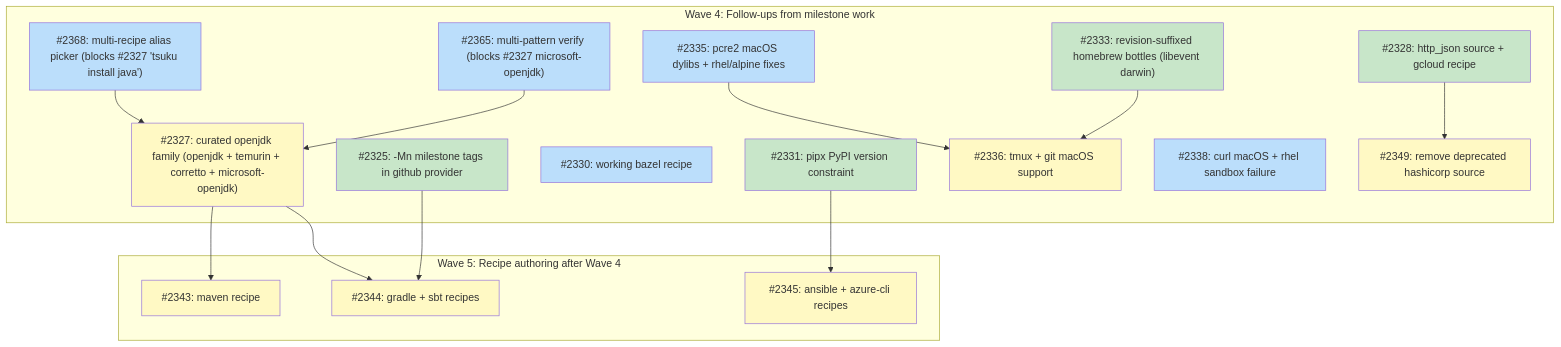
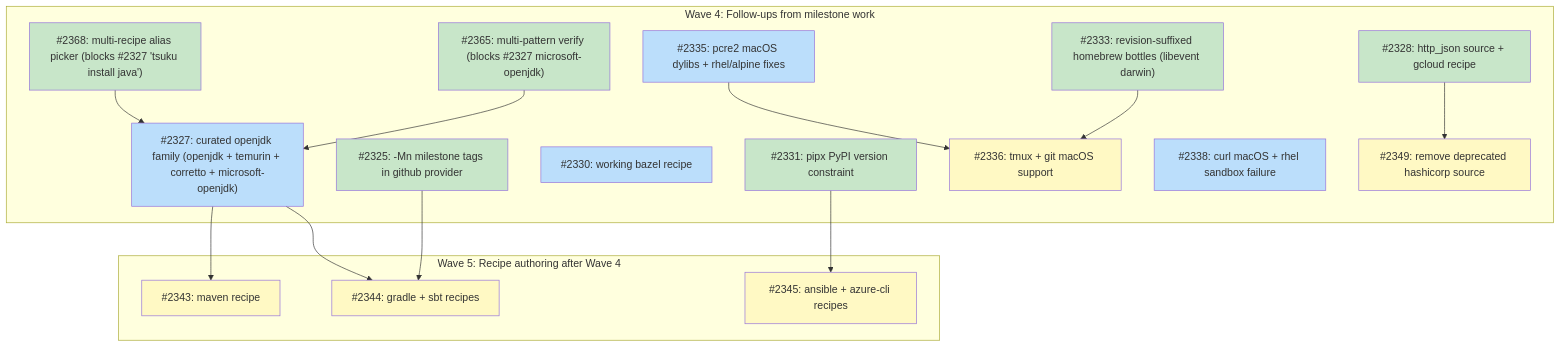
Before and after one commit to tsukumogami/tsuku: the diagram in docs/plans/PLAN-curated-recipes.md, drawn with Mermaid. The commit also changed other lines of this file and 4 other files, not shown here.

````diff
--- a/docs/plans/PLAN-curated-recipes.md
+++ b/docs/plans/PLAN-curated-recipes.md
@@ -144,48 +144,48 @@
 ```mermaid
 graph TD
     subgraph wave4 ["Wave 4: Follow-ups from milestone work"]
         I2325["#2325: -Mn milestone tags in github provider"]
         I2327["#2327: curated openjdk family (openjdk + temurin + corretto + microsoft-openjdk)"]
         I2328["#2328: http_json source + gcloud recipe"]
         I2330["#2330: working bazel recipe"]
         I2331["#2331: pipx PyPI version constraint"]
         I2333["#2333: revision-suffixed homebrew bottles (libevent darwin)"]
         I2335["#2335: pcre2 macOS dylibs + rhel/alpine fixes"]
         I2336["#2336: tmux + git macOS support"]
         I2338["#2338: curl macOS + rhel sandbox failure"]
         I2349["#2349: remove deprecated hashicorp source"]
         I2365["#2365: multi-pattern verify (blocks #2327 microsoft-openjdk)"]
         I2368["#2368: multi-recipe alias picker (blocks #2327 'tsuku install java')"]
     end
 
     subgraph wave5 ["Wave 5: Recipe authoring after Wave 4"]
         I2343["#2343: maven recipe"]
         I2344["#2344: gradle + sbt recipes"]
         I2345["#2345: ansible + azure-cli recipes"]
     end
 
     I2333 --> I2336
     I2335 --> I2336
 
     I2365 --> I2327
     I2368 --> I2327
     I2327 --> I2343
     I2325 --> I2344
     I2327 --> I2344
     I2331 --> I2345
     I2328 --> I2349
 
     classDef done fill:#c8e6c9
     classDef ready fill:#bbdefb
     classDef blocked fill:#fff9c4
     classDef needsDesign fill:#e1bee7
     classDef needsPrd fill:#b3e5fc
     classDef needsSpike fill:#ffcdd2
     classDef needsDecision fill:#d1c4e9
     classDef tracksDesign fill:#FFE0B2,stroke:#F57C00,color:#000
     classDef tracksPlan fill:#FFE0B2,stroke:#F57C00,color:#000
 
-    class I2325,I2328,I2331,I2333 done
-    class I2330,I2335,I2338,I2365,I2368 ready
-    class I2327,I2336,I2343,I2344,I2345,I2349 blocked
+    class I2325,I2328,I2331,I2333,I2365,I2368 done
+    class I2327,I2330,I2335,I2338 ready
+    class I2336,I2343,I2344,I2345,I2349 blocked
 ```
````
